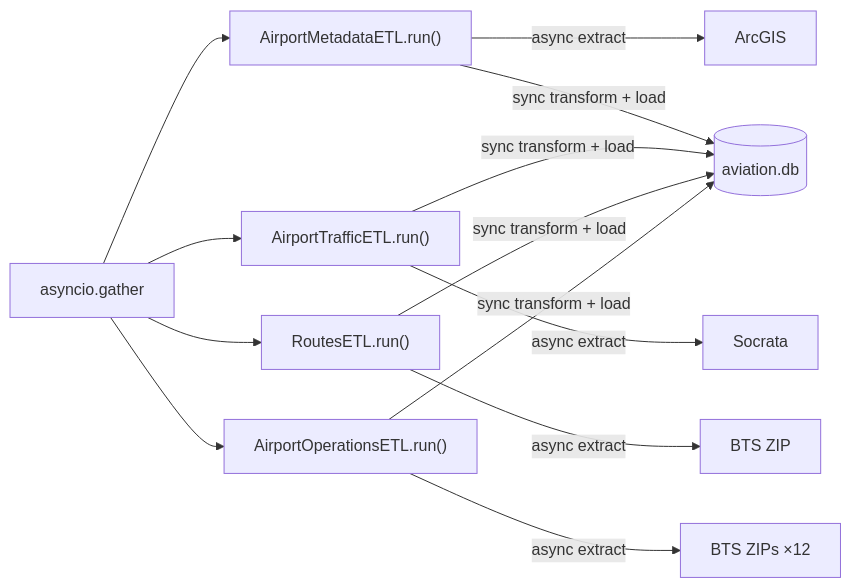
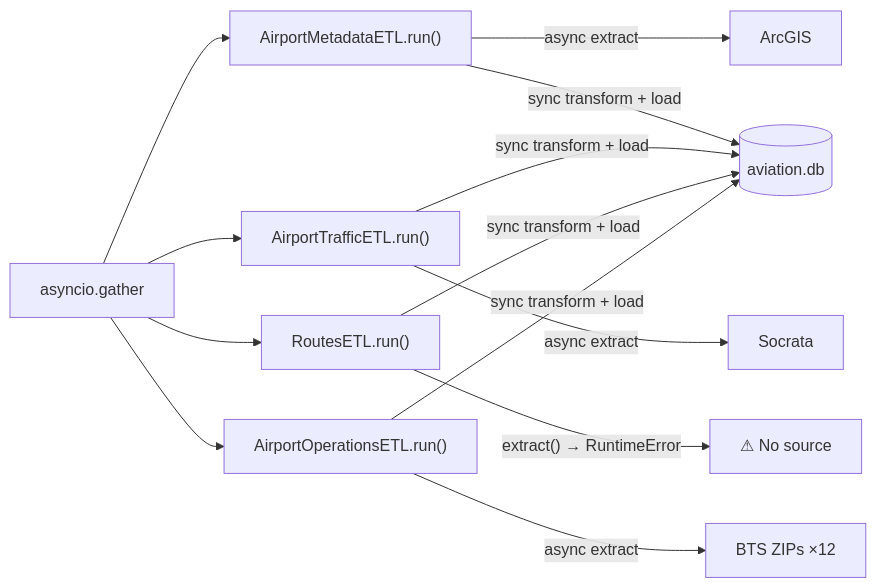
One commit to asafzenou/Airport-Investment-Intelligence-Agent changed the third of 3 diagrams in DOCS/DATA_ARCHITECTURE.md. Above: the diagram before and after it, drawn with Mermaid. The commit also changed other lines of this file and 26 other files, not shown here.

````diff
--- a/DOCS/DATA_ARCHITECTURE.md
+++ b/DOCS/DATA_ARCHITECTURE.md
@@ -392,17 +403,17 @@
 ```mermaid
 flowchart LR
     G["asyncio.gather"] --> M["AirportMetadataETL.run()"]
     G --> T["AirportTrafficETL.run()"]
     G --> R["RoutesETL.run()"]
     G --> O["AirportOperationsETL.run()"]
 
     M -->|async extract| S1["ArcGIS"]
     T -->|async extract| S2["Socrata"]
-    R -->|async extract| S3["BTS ZIP"]
+    R -->|"extract() → RuntimeError"| S3["⚠ No source"]
     O -->|async extract| S4["BTS ZIPs ×12"]
 
     M -->|sync transform + load| DB[("aviation.db")]
     T -->|sync transform + load| DB
     R -->|sync transform + load| DB
     O -->|sync transform + load| DB
 ```
````
